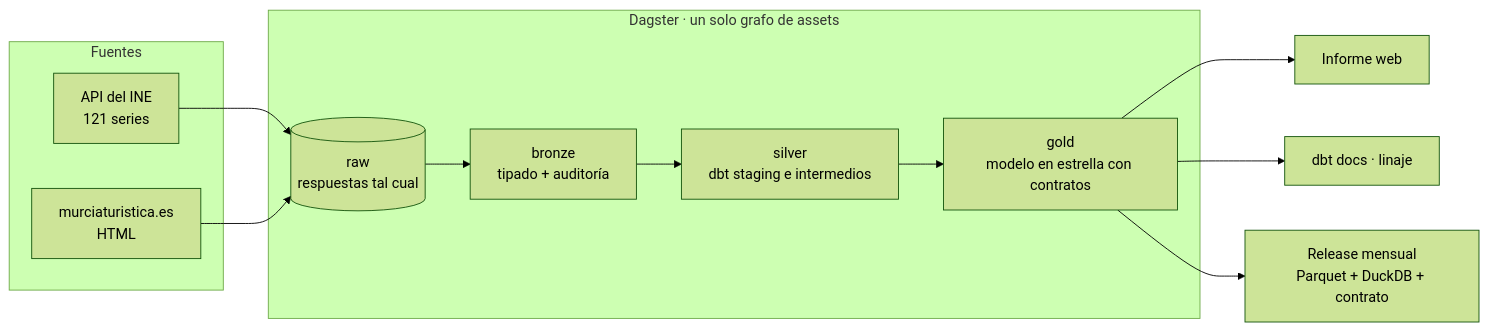
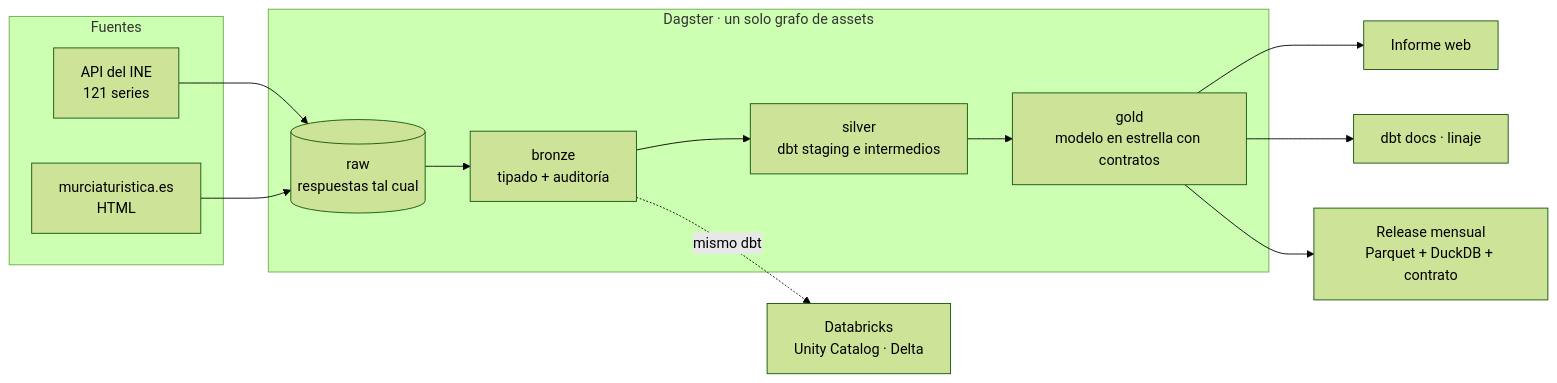
The diagram in README.md (marnau74/murcia-open-data), drawn with Mermaid (forest theme) before and after one commit. The commit also changed other lines of this file and 3 other files, not shown here.

````diff
--- a/README.md
+++ b/README.md
@@ -45,19 +45,20 @@
 ```mermaid
 flowchart LR
   subgraph Fuentes
     INE[API del INE<br/>121 series]
     MT[murciaturistica.es<br/>HTML]
   end
   subgraph Dagster [Dagster · un solo grafo de assets]
     RAW[(raw<br/>respuestas tal cual)]
     B[bronze<br/>tipado + auditoría]
     S[silver<br/>dbt staging e intermedios]
     G[gold<br/>modelo en estrella con contratos]
   end
   INE --> RAW
   MT --> RAW
   RAW --> B --> S --> G
   G --> WEB[Informe web]
   G --> DOCS[dbt docs · linaje]
   G --> REL[Release mensual<br/>Parquet + DuckDB + contrato]
+  B -. mismo dbt .-> DBX[Databricks<br/>Unity Catalog · Delta]
 ```
````
